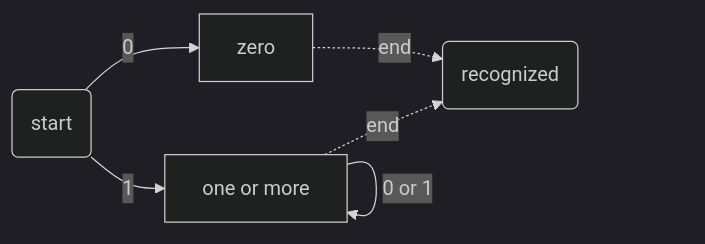
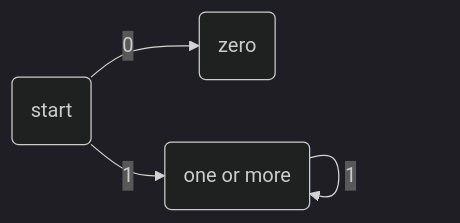
One commit to raganwald/raganwald.github.com changed the second of 25 diagrams in _posts/2019-09-21-recognizing-myself.md. Above: the diagram before and after it, drawn with Mermaid (dark theme). The commit also changed other lines of this file, not shown here.

Commit message:
diagrams

```diff
--- a/_posts/2019-09-21-recognizing-myself.md
+++ b/_posts/2019-09-21-recognizing-myself.md
@@ -298,8 +297,7 @@
 <div class="mermaid">
   graph LR
-    start(start)-->|0|zero
-    zero-.->|end|recognized(recognized)
-    start-->|1|one[one or more]
-    one-->|0 or 1|one
-    one-.->|end|recognized;
+    start(start)-->|0|zero(zero)
+    start-->|1|one(one or more)
+    one-->|0|one
+    one-->|1|one;
 </div>
```
